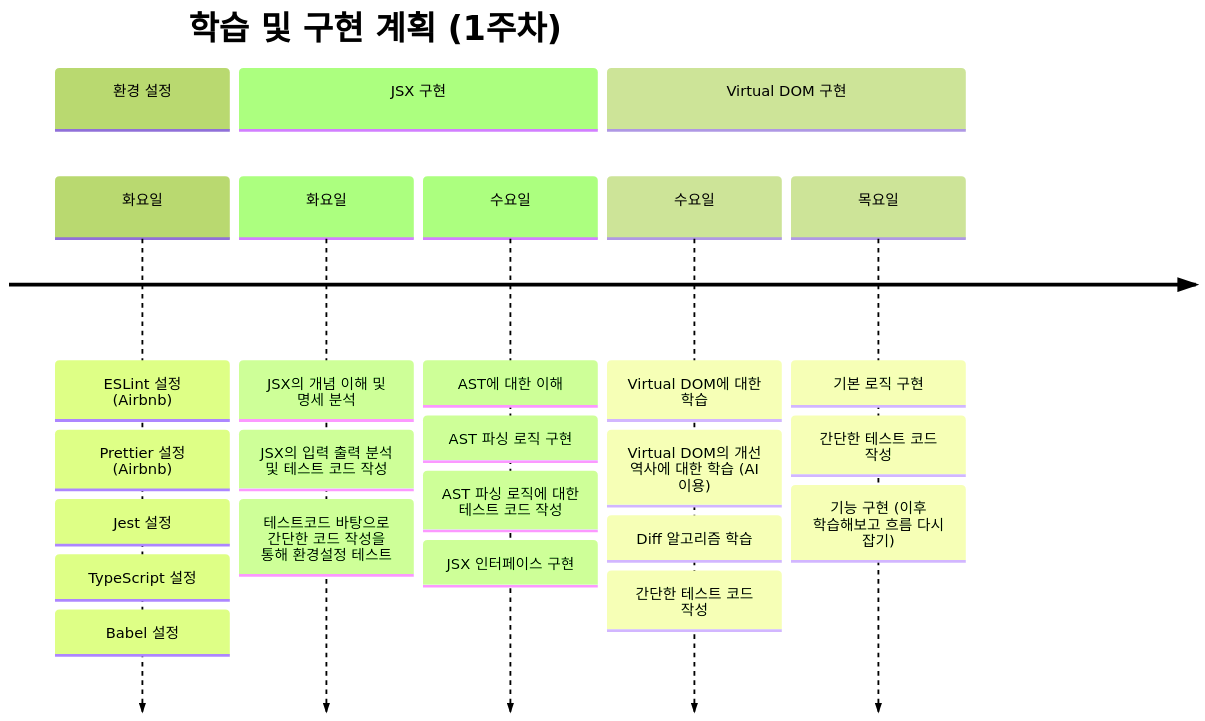
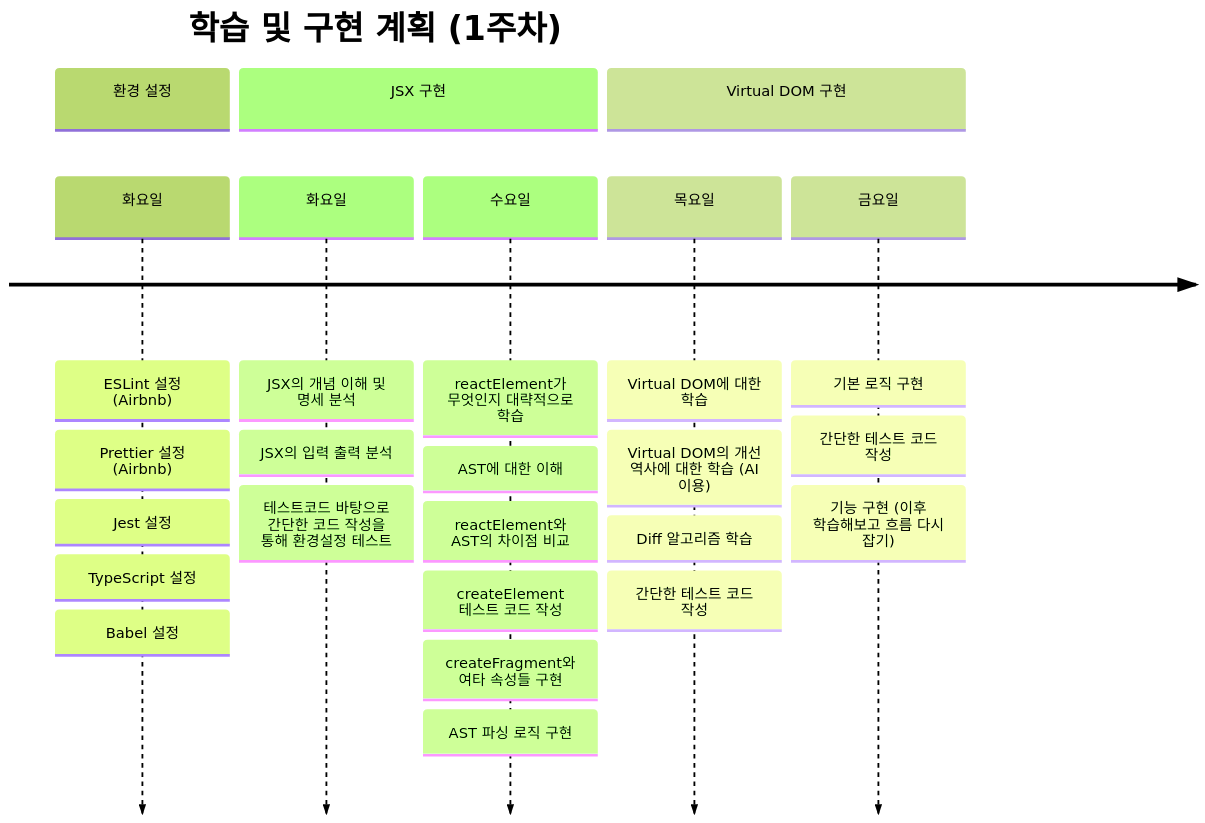
Before and after one commit to effozen/StudyNote: the diagram in VanillaProject/저장소/005_ 다시 세우는 일정.md, drawn with Mermaid (forest theme).

Commit message:
docs: 005 다시 세우는 일정 - 일정 수정

````diff
--- a/VanillaProject/저장소/005_ 다시 세우는 일정.md
+++ b/VanillaProject/저장소/005_ 다시 세우는 일정.md
@@ -1,26 +1,28 @@
 ```mermaid
 timeline
 	title 학습 및 구현 계획 (1주차)
 	section 환경 설정
 	화요일 : ESLint 설정 (Airbnb)
 		: Prettier 설정 (Airbnb)
 		: Jest 설정
 		: TypeScript 설정
 		: Babel 설정
 	section JSX 구현
 	화요일 : JSX의 개념 이해 및 명세 분석
-		: JSX의 입력 출력 분석 및 테스트 코드 작성
+		: JSX의 입력 출력 분석
 		: 테스트코드 바탕으로 간단한 코드 작성을 통해 환경설정 테스트
-	수요일 : AST에 대한 이해
+	수요일 : reactElement가 무엇인지 대략적으로 학습
+		: AST에 대한 이해
+		: reactElement와 AST의 차이점 비교
+		: createElement 테스트 코드 작성
+		: createFragment와 여타 속성들 구현
 		: AST 파싱 로직 구현
-		: AST 파싱 로직에 대한 테스트 코드 작성
-		: JSX 인터페이스 구현
 	section Virtual DOM 구현
-	수요일 : Virtual DOM에 대한 학습
+	목요일 : Virtual DOM에 대한 학습
 		: Virtual DOM의 개선 역사에 대한 학습 (AI 이용)
 		: Diff 알고리즘 학습
 		: 간단한 테스트 코드 작성
-	목요일 : 기본 로직 구현
+	금요일 : 기본 로직 구현
 		: 간단한 테스트 코드 작성
 		: 기능 구현 (이후 학습해보고 흐름 다시 잡기)
 ```
````
